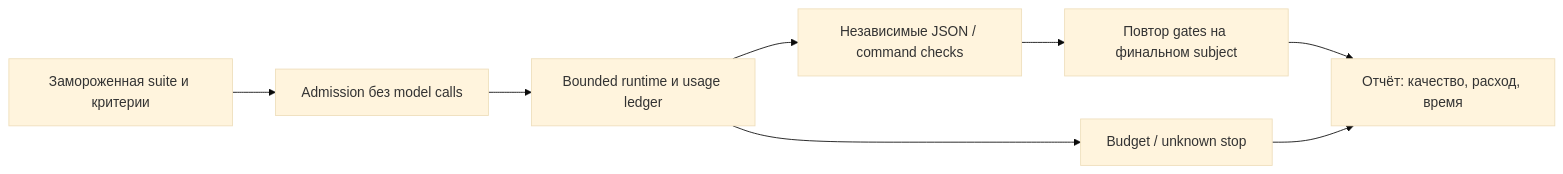
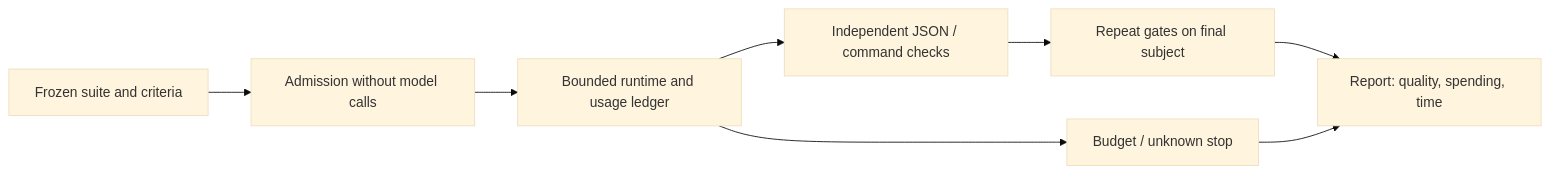
The diagram in docs/agent/eval/README.md (zxc0zxc0zxc/palarran-framework), drawn with Mermaid (base theme) before and after one commit. The commit also changed other lines of this file and 783 other files, not shown here.

````diff
--- a/docs/agent/eval/README.md
+++ b/docs/agent/eval/README.md
@@ -9,10 +9,10 @@
 ```mermaid
 flowchart LR
-  S[Замороженная suite и критерии] --> A[Admission без model calls]
-  A --> R[Bounded runtime и usage ledger]
-  R --> G[Независимые JSON / command checks]
-  G --> F[Повтор gates на финальном subject]
-  F --> O[Отчёт: качество, расход, время]
+  S[Frozen suite and criteria] --> A[Admission without model calls]
+  A --> R[Bounded runtime and usage ledger]
+  R --> G[Independent JSON / command checks]
+  G --> F[Repeat gates on final subject]
+  F --> O[Report: quality, spending, time]
   R --> B[Budget / unknown stop]
   B --> O
 ```
````
